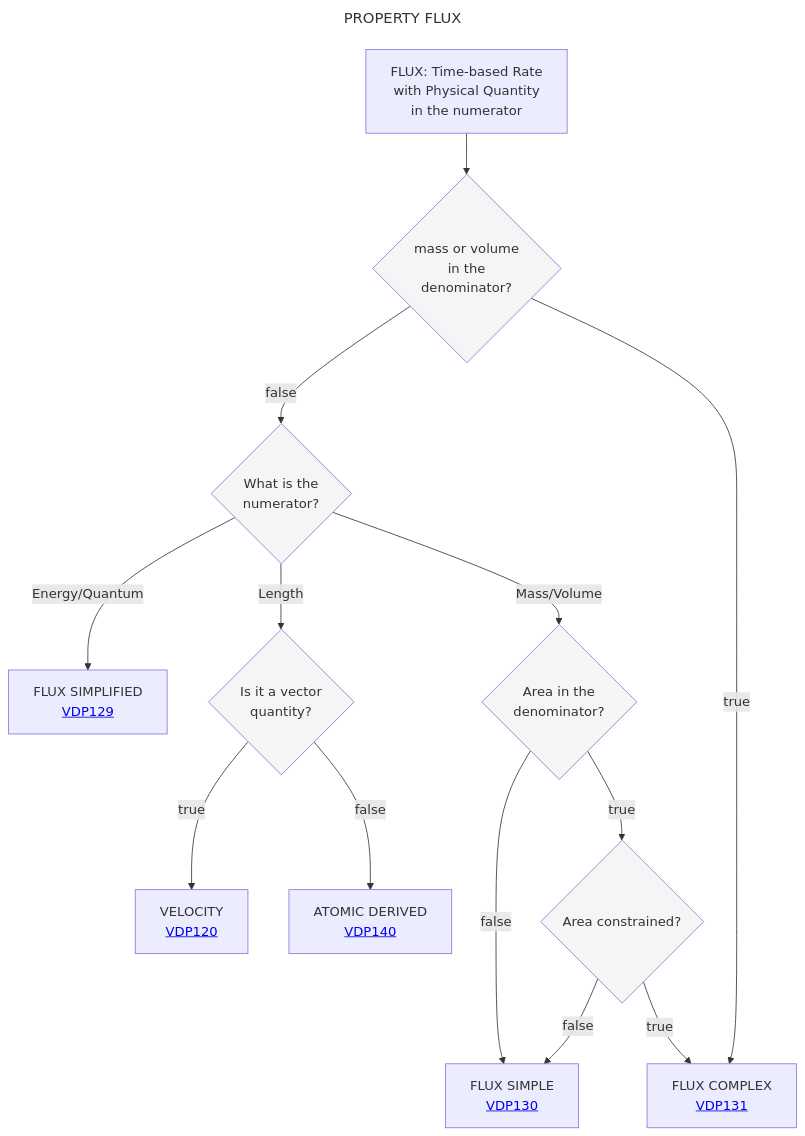
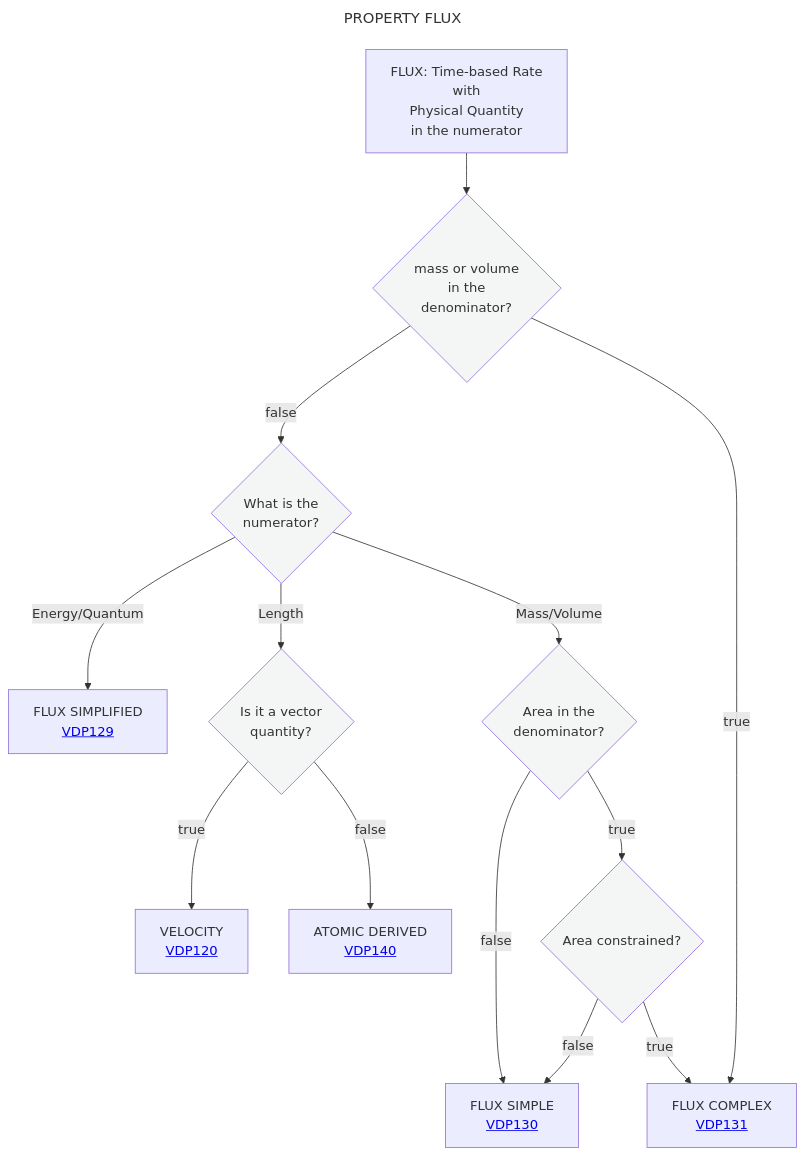
The diagram in Decisition_trees/DT4.mmd (mabablue/I-ADOPT-patterns-playground), drawn with Mermaid before and after one commit.

Commit message:
Fix formatting in DT4.mmd flowchart

```diff
--- a/Decisition_trees/DT4.mmd
+++ b/Decisition_trees/DT4.mmd
@@ -1,20 +1,20 @@
 ---
 title: PROPERTY FLUX
 ---
 flowchart TD
-    A[FLUX: Time-based Rate <br> with Physical Quantity <br> in the numerator] --> B{mass or volume <br> in the <br> denominator?}:::white
+    A[FLUX: Time-based Rate <br> with <br> Physical Quantity <br> in the numerator] --> B{mass or volume <br> in the <br> denominator?}:::white
     B --> |false|C{What is the <br> numerator?}:::white
     C -- Energy/Quantum--> D[FLUX SIMPLIFIED <br> <a href='https://github.com/mabablue/I-ADOPT-patterns-playground/blob/main/pattern/VDP129.yaml'>VDP129</a>]
     C -- Length --> E{Is it a vector <br> quantity?}:::white
     E --> |true|J[VELOCITY <br> <a href='https://github.com/mabablue/I-ADOPT-patterns-playground/blob/main/pattern/VDP120.yaml'>VDP120</a] 
     E --> |false|K[ATOMIC DERIVED <br> <a href='https://github.com/mabablue/I-ADOPT-patterns-playground/blob/main/pattern/VDP140.yaml'>VDP140</a] 
     C -- Mass/Volume --> F{Area in the <br> denominator?}:::white
     F --> |false|I[FLUX SIMPLE <br> <a href='https://github.com/mabablue/I-ADOPT-patterns-playground/blob/main/pattern/VDP130.yaml'>VDP130</a>]
     F --> |true|G{Area constrained?}:::white 
     G --> |true|H[FLUX COMPLEX <br> <a href='https://github.com/mabablue/I-ADOPT-patterns-playground/blob/main/pattern/VDP131.yaml'>VDP131</a>]
     G --> |false|I
     B --> |true|H
    classDef blue fill:#90D5FF
    classDef satblue fill:#57B9FF 
    classDef white fill:#f3f6f4
    classDef green fill:#6aa84f
```
